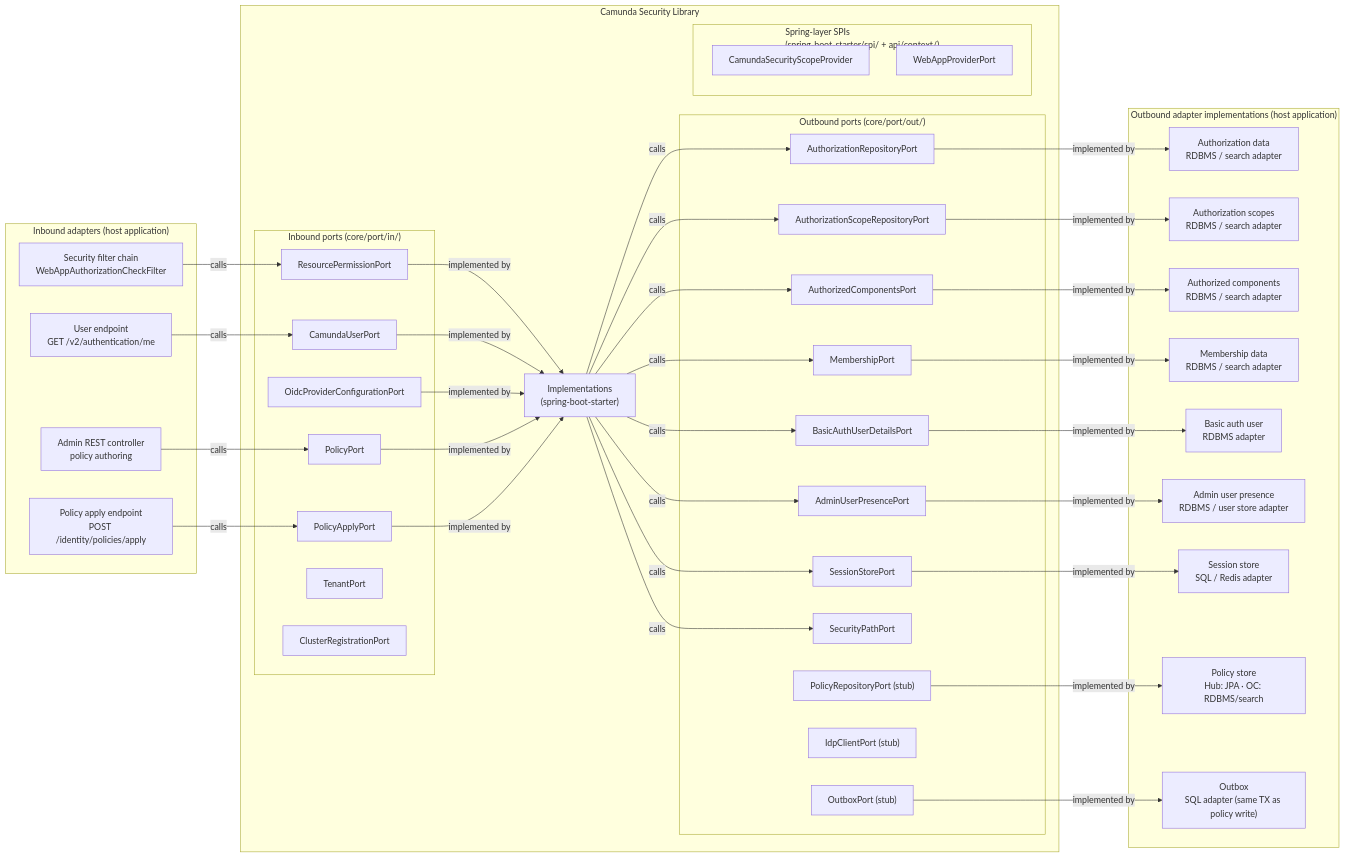
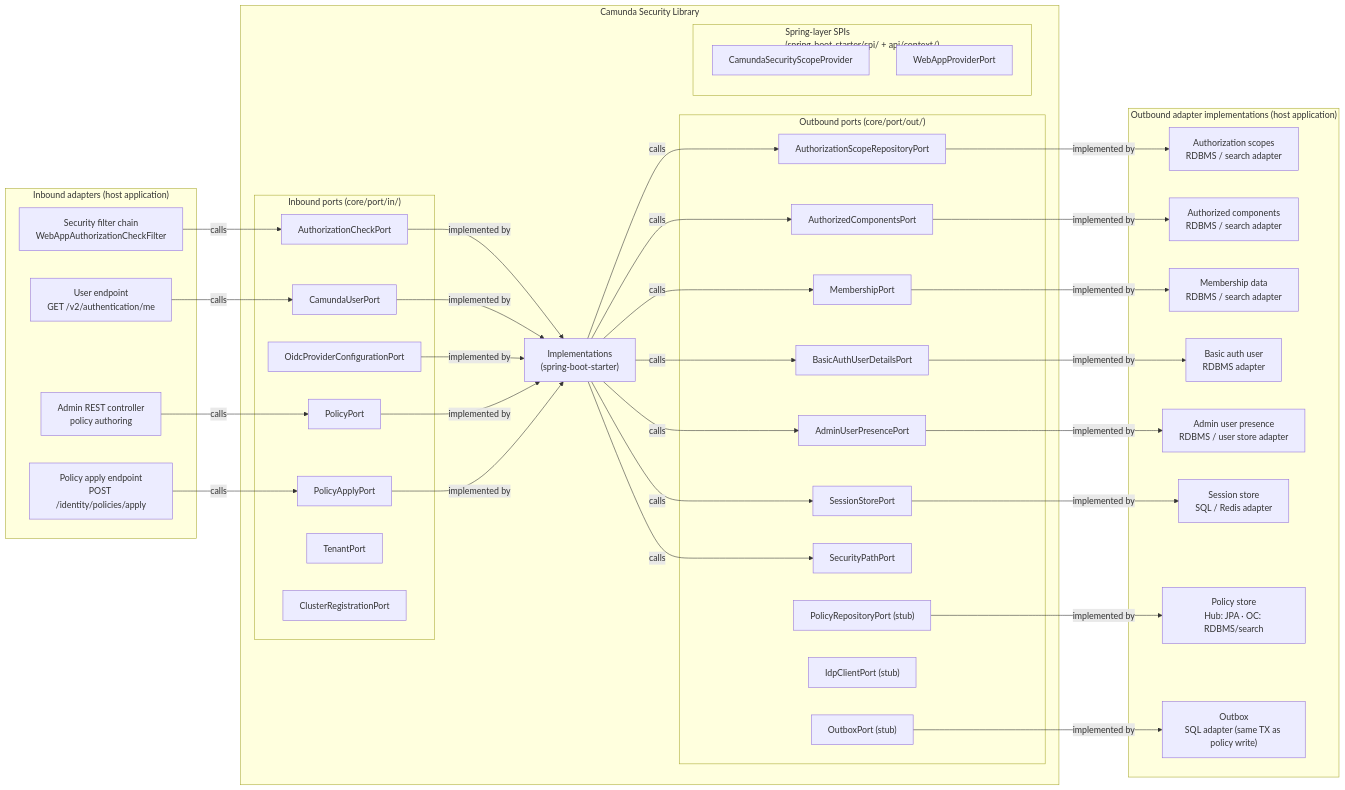
One commit to camunda/camunda-security-library changed the third of 8 diagrams in docs/architecture/05-building-block-view.md. Above: the diagram before and after it, drawn with Mermaid. The commit also changed other lines of this file and 6 other files, not shown here.

````diff
--- a/docs/architecture/05-building-block-view.md
+++ b/docs/architecture/05-building-block-view.md
@@ -405,70 +405,67 @@
 ```mermaid
 graph LR
   subgraph EXT_IN["Inbound adapters (host application)"]
     SC["Security filter chain</br>WebAppAuthorizationCheckFilter"]
     UE["User endpoint</br>GET /v2/authentication/me"]
     PAC["Policy apply endpoint</br>POST /identity/policies/apply"]
     AC["Admin REST controller</br>policy authoring"]
   end
 
   subgraph CORE["Camunda Security Library"]
     subgraph IN_PORTS["Inbound ports (core/port/in/)"]
-      RPP["ResourcePermissionPort"]
+      ACP["AuthorizationCheckPort"]
       CUP["CamundaUserPort"]
       OCP["OidcProviderConfigurationPort"]
       PP["PolicyPort"]
       PAP["PolicyApplyPort"]
       TP["TenantPort"]
       CRP["ClusterRegistrationPort"]
     end
     DL["Implementations</br>(spring-boot-starter)"]
     subgraph OUT_PORTS["Outbound ports (core/port/out/)"]
-      ARP["AuthorizationRepositoryPort"]
       ASRP["AuthorizationScopeRepositoryPort"]
       AC2["AuthorizedComponentsPort"]
       MP["MembershipPort"]
       BAUDP["BasicAuthUserDetailsPort"]
       AUPP["AdminUserPresencePort"]
       SSP["SessionStorePort"]
       SECP["SecurityPathPort"]
       PRP["PolicyRepositoryPort (stub)"]
       IDP_P["IdpClientPort (stub)"]
       OX["OutboxPort (stub)"]
     end
     subgraph SPRING_SPI["Spring-layer SPIs</br>(spring-boot-starter/spi/ + api/context/)"]
       CSSP["CamundaSecurityScopeProvider"]
       WAPP["WebAppProviderPort"]
     end
   end
 
   subgraph EXT_OUT["Outbound adapter implementations (host application)"]
-    ARP_I["Authorization data</br>RDBMS / search adapter"]
     ASRP_I["Authorization scopes</br>RDBMS / search adapter"]
     AC2_I["Authorized components</br>RDBMS / search adapter"]
     MP_I["Membership data</br>RDBMS / search adapter"]
     BAUDP_I["Basic auth user</br>RDBMS adapter"]
     AUPP_I["Admin user presence</br>RDBMS / user store adapter"]
     SSP_I["Session store</br>SQL / Redis adapter"]
     PRP_I["Policy store</br>Hub: JPA · OC: RDBMS/search"]
     OX_I["Outbox</br>SQL adapter (same TX as policy write)"]
   end
 
-  SC -->|"calls"| RPP
+  SC -->|"calls"| ACP
   UE -->|"calls"| CUP
   PAC -->|"calls"| PAP
   AC -->|"calls"| PP
 
-  RPP & CUP & OCP & PP & PAP -->|"implemented by"| DL
+  ACP & CUP & OCP & PP & PAP -->|"implemented by"| DL
 
-  DL -->|"calls"| ARP & ASRP & AC2 & MP & BAUDP & AUPP & SSP & SECP
+  DL -->|"calls"| ASRP & AC2 & MP & BAUDP & AUPP & SSP & SECP
 
-  ARP -->|"implemented by"| ARP_I
   ASRP -->|"implemented by"| ASRP_I
   AC2 -->|"implemented by"| AC2_I
   MP -->|"implemented by"| MP_I
   BAUDP -->|"implemented by"| BAUDP_I
   AUPP -->|"implemented by"| AUPP_I
   SSP -->|"implemented by"| SSP_I
   PRP -->|"implemented by"| PRP_I
   OX -->|"implemented by"| OX_I
 ```
````
